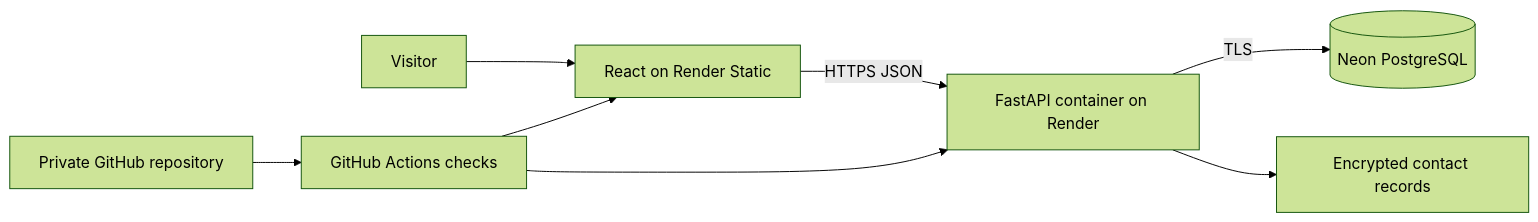
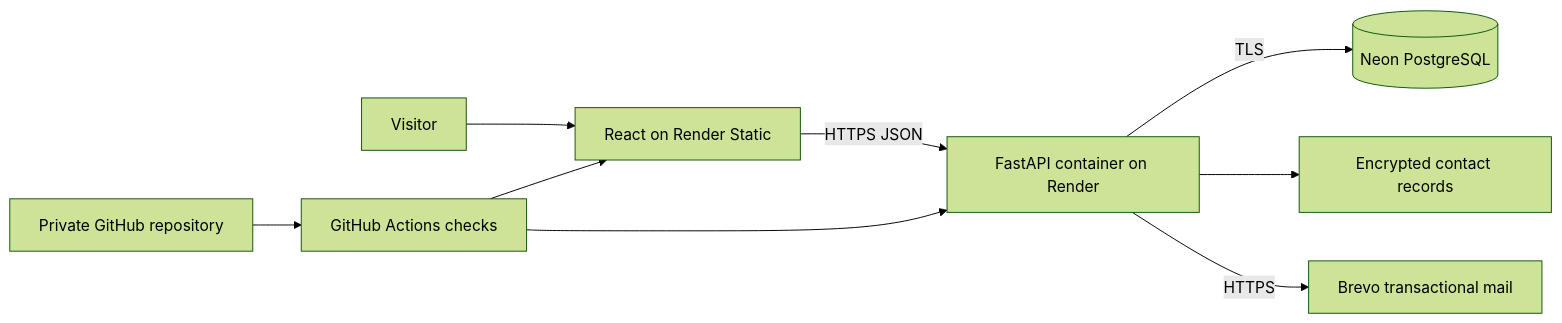
One commit to RootArYaN/Aryan_Dev_Port changed the diagram in README.md. Above: the diagram before and after it, drawn with Mermaid (forest theme). The commit also changed other lines of this file and 13 other files, not shown here.

Commit message:
Show cloud architecture and add HTTPS mail delivery

````diff
--- a/README.md
+++ b/README.md
@@ -9,10 +9,11 @@
 ```mermaid
 flowchart LR
     V[Visitor] --> W[React on Render Static]
     W -->|HTTPS JSON| A[FastAPI container on Render]
     A -->|TLS| P[(Neon PostgreSQL)]
     A --> E[Encrypted contact records]
+    A -->|HTTPS| M[Brevo transactional mail]
     G[Private GitHub repository] --> C[GitHub Actions checks]
     C --> W
     C --> A
 ```
````
